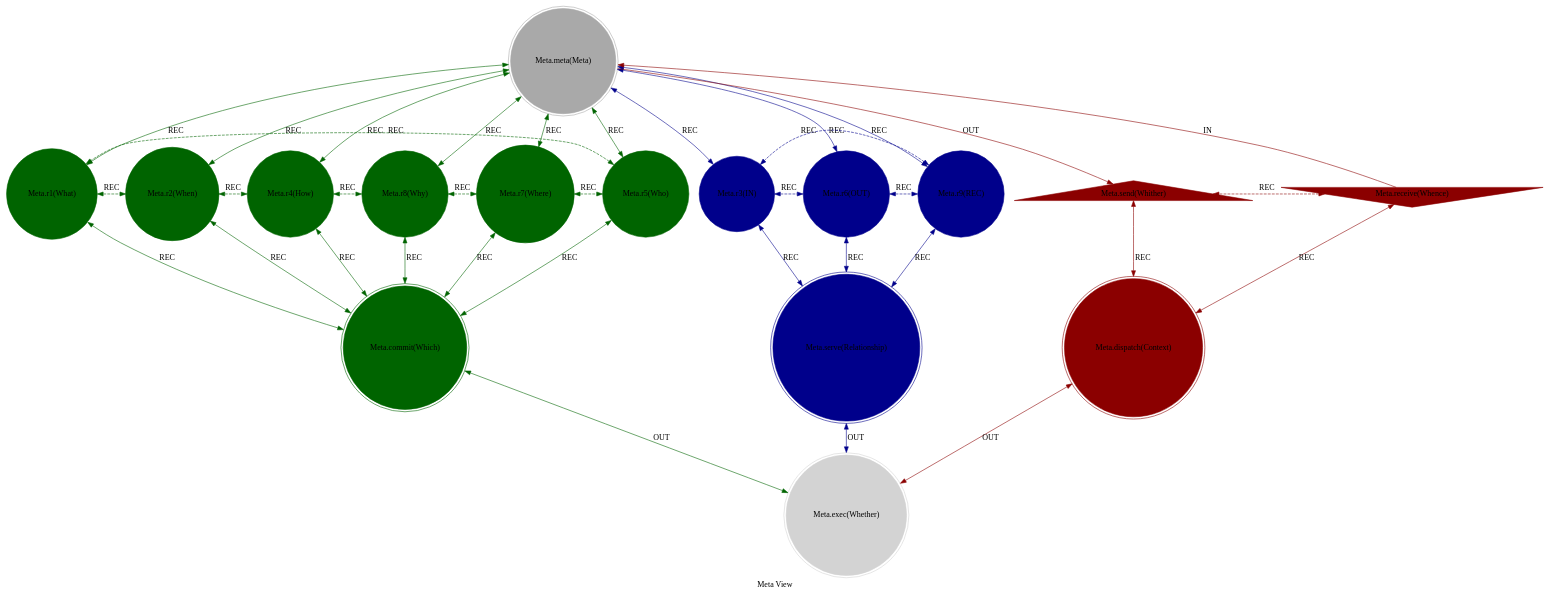
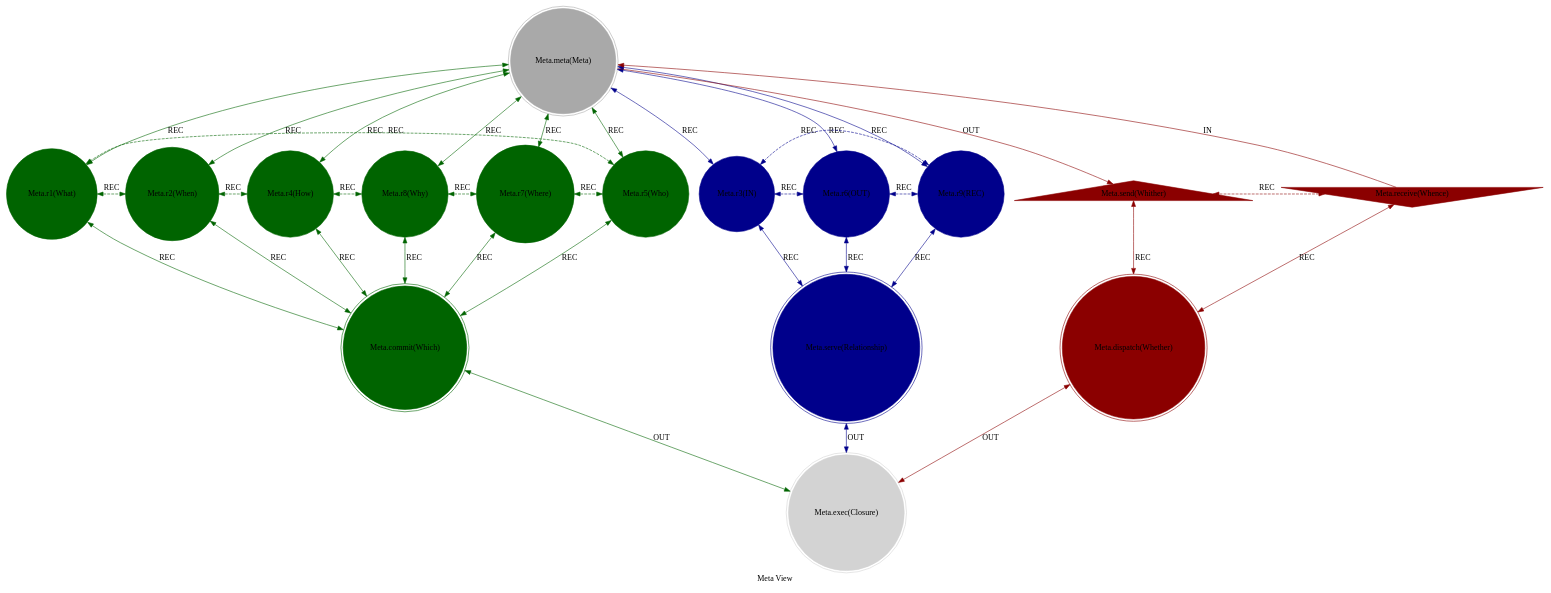
One commit to cilang/mythos changed the diagram in src/includes/view/mythos_view_meta.dot. Above: the diagram before and after it, drawn with Graphviz. The commit also changed 14 other files, not shown here.

```diff
--- a/src/includes/view/mythos_view_meta.dot
+++ b/src/includes/view/mythos_view_meta.dot
@@ -1,64 +1,64 @@
 strict digraph MetaView {
     style = filled;
     color = lightgray;
     node [shape = circle; style = filled; color = lightgreen;];
     edge [color = darkgray;];
     label = "Meta View";
     comment = "The pattern that defines patterns. The Sparklet of Sparklets. It governs the fundamental questions (6W+1H) and the relationships (IN, OUT, REC) that constitute any event, process, or meaning.";
     
     spark_0_meta_view_t [label = "Meta.meta(Meta)";comment = "Abstract: The concept of concept itself. The primordial pattern of abstraction.";shape = doublecircle;color = darkgray;];
     spark_1_meta_view_t [label = "Meta.r1(What)";comment = "Initiation: The question of essence and substance. Defines the object of action.";color = darkgreen;];
     spark_2_meta_view_t [label = "Meta.r2(When)";comment = "Response: The question of time and sequence. Defines the temporal context.";color = darkgreen;];
     spark_4_meta_view_t [label = "Meta.r4(How)";comment = "Integration: The question of method and process. Defines the transformation.";color = darkgreen;];
     spark_8_meta_view_t [label = "Meta.r8(Why)";comment = "Reflection: The question of cause and purpose. Defines the intent and reason.";color = darkgreen;];
     spark_7_meta_view_t [label = "Meta.r7(Where)";comment = "Consolidation: The question of place and domain. Defines the spatial context.";color = darkgreen;];
     spark_5_meta_view_t [label = "Meta.r5(Who)";comment = "Propagation: The question of agency and identity. Defines the actor and recipient.";color = darkgreen;];
     spark_3_meta_view_t [label = "Meta.r3(IN)";comment = "Thesis: The fundamental principle of Potential and Reception. The beginning.";color = darkblue;];
     spark_6_meta_view_t [label = "Meta.r6(OUT)";comment = "Antithesis: The fundamental principle of Manifestation and Emission. The end.";color = darkblue;];
     spark_9_meta_view_t [label = "Meta.r9(REC)";comment = "Synthesis: The fundamental principle of Relationship and Recursion. The cycle that binds IN to OUT.";color = darkblue;];
     spark_a_meta_view_t [label = "Meta.receive(Whence)";comment = "Potential: The undifferentiated source of all possible patterns and questions.";shape = invtriangle;color = darkred;];
     spark_b_meta_view_t [label = "Meta.send(Whither)";comment = "Manifest: The emission of a fully resolved and defined pattern, ready for execution.";shape = triangle;color = darkred;];
-    spark_c_meta_view_t [label = "Meta.dispatch(Context)";comment = "Why-Who: Determines the contextual framework for processing the potential.";shape = doublecircle;color = darkred;];
+    spark_c_meta_view_t [label = "Meta.dispatch(Whether)";comment = "Why-Who: Determines the contextual framework for processing the potential.";shape = doublecircle;color = darkred;];
     spark_d_meta_view_t [label = "Meta.commit(Which)";comment = "What-How: The act of selection and commitment. Resolves 'Which specific answer to the 6W questions?'";shape = doublecircle;color = darkgreen;];
     spark_e_meta_view_t [label = "Meta.serve(Relationship)";comment = "When-Where: Serves the web of Relationships between all concepts (IN/OUT, the 6Ws).";shape = doublecircle;color = darkblue;];
-    spark_f_meta_view_t [label = "Meta.exec(Whether)";comment = "Which-Closure: The final binding of a pattern into a manifest, executable unit of reality.";shape = doublecircle;color = lightgray;];
+    spark_f_meta_view_t [label = "Meta.exec(Closure)";comment = "Which-Closure: The final binding of a pattern into a manifest, executable unit of reality.";shape = doublecircle;color = lightgray;];
     
     spark_a_meta_view_t -> spark_0_meta_view_t [label = "IN"; comment = "todo"; color = darkred; constraint = false;];
     spark_0_meta_view_t -> spark_b_meta_view_t [label = "OUT"; comment = "todo"; color = darkred;];
     spark_0_meta_view_t -> spark_3_meta_view_t [label = "REC"; comment = "todo"; color = darkblue; dir = both;];
     spark_0_meta_view_t -> spark_6_meta_view_t [label = "REC"; comment = "todo"; color = darkblue; dir = both;];
     spark_0_meta_view_t -> spark_9_meta_view_t [label = "REC"; comment = "todo"; color = darkblue; dir = both;];
     spark_0_meta_view_t -> spark_1_meta_view_t [label = "REC"; comment = "todo"; color = darkgreen; dir = both;];
     spark_0_meta_view_t -> spark_2_meta_view_t [label = "REC"; comment = "todo"; color = darkgreen; dir = both;];
     spark_0_meta_view_t -> spark_4_meta_view_t [label = "REC"; comment = "todo"; color = darkgreen; dir = both;];
     spark_0_meta_view_t -> spark_8_meta_view_t [label = "REC"; comment = "todo"; color = darkgreen; dir = both;];
     spark_0_meta_view_t -> spark_7_meta_view_t [label = "REC"; comment = "todo"; color = darkgreen; dir = both;];
     spark_0_meta_view_t -> spark_5_meta_view_t [label = "REC"; comment = "todo"; color = darkgreen; dir = both;];
     
     spark_a_meta_view_t -> spark_c_meta_view_t [label = "REC"; comment = "todo"; color = darkred; dir = both;];
     spark_b_meta_view_t -> spark_c_meta_view_t [label = "REC"; comment = "todo"; color = darkred; dir = both;];
     spark_1_meta_view_t -> spark_d_meta_view_t [label = "REC"; comment = "todo"; color = darkgreen; dir = both;];
     spark_2_meta_view_t -> spark_d_meta_view_t [label = "REC"; comment = "todo"; color = darkgreen; dir = both;];
     spark_4_meta_view_t -> spark_d_meta_view_t [label = "REC"; comment = "todo"; color = darkgreen; dir = both;];
     spark_8_meta_view_t -> spark_d_meta_view_t [label = "REC"; comment = "todo"; color = darkgreen; dir = both;];
     spark_7_meta_view_t -> spark_d_meta_view_t [label = "REC"; comment = "todo"; color = darkgreen; dir = both;];
     spark_5_meta_view_t -> spark_d_meta_view_t [label = "REC"; comment = "todo"; color = darkgreen; dir = both;];
     spark_3_meta_view_t -> spark_e_meta_view_t [label = "REC"; comment = "todo"; color = darkblue; dir = both;];
     spark_6_meta_view_t -> spark_e_meta_view_t [label = "REC"; comment = "todo"; color = darkblue; dir = both;];
     spark_9_meta_view_t -> spark_e_meta_view_t [label = "REC"; comment = "todo"; color = darkblue; dir = both;];
     
     spark_1_meta_view_t -> spark_2_meta_view_t [label = "REC"; comment = "todo"; color = darkgreen; dir = both; style = dashed; constraint = false;];
     spark_2_meta_view_t -> spark_4_meta_view_t [label = "REC"; comment = "todo"; color = darkgreen; dir = both; style = dashed; constraint = false;];
     spark_4_meta_view_t -> spark_8_meta_view_t [label = "REC"; comment = "todo"; color = darkgreen; dir = both; style = dashed; constraint = false;];
     spark_8_meta_view_t -> spark_7_meta_view_t [label = "REC"; comment = "todo"; color = darkgreen; dir = both; style = dashed; constraint = false;];
     spark_7_meta_view_t -> spark_5_meta_view_t [label = "REC"; comment = "todo"; color = darkgreen; dir = both; style = dashed; constraint = false;];
     spark_5_meta_view_t -> spark_1_meta_view_t [label = "REC"; comment = "todo"; color = darkgreen; dir = both; style = dashed; constraint = false;];
     spark_3_meta_view_t -> spark_6_meta_view_t [label = "REC"; comment = "todo"; color = darkblue; dir = both; style = dashed; constraint = false;];
     spark_6_meta_view_t -> spark_9_meta_view_t [label = "REC"; comment = "todo"; color = darkblue; dir = both; style = dashed; constraint = false;];
     spark_9_meta_view_t -> spark_3_meta_view_t [label = "REC"; comment = "todo"; color = darkblue; dir = both; style = dashed; constraint = false;];
     spark_a_meta_view_t -> spark_b_meta_view_t [label = "REC"; comment = "todo"; color = darkred; dir = both; style = dashed; constraint = false;];
     
     spark_c_meta_view_t -> spark_f_meta_view_t [label = "OUT"; comment = "todo"; color = darkred; dir = both;];
     spark_d_meta_view_t -> spark_f_meta_view_t [label = "OUT"; comment = "todo"; color = darkgreen; dir = both;];
     spark_e_meta_view_t -> spark_f_meta_view_t [label = "OUT"; comment = "todo"; color = darkblue; dir = both;];
 }
```
